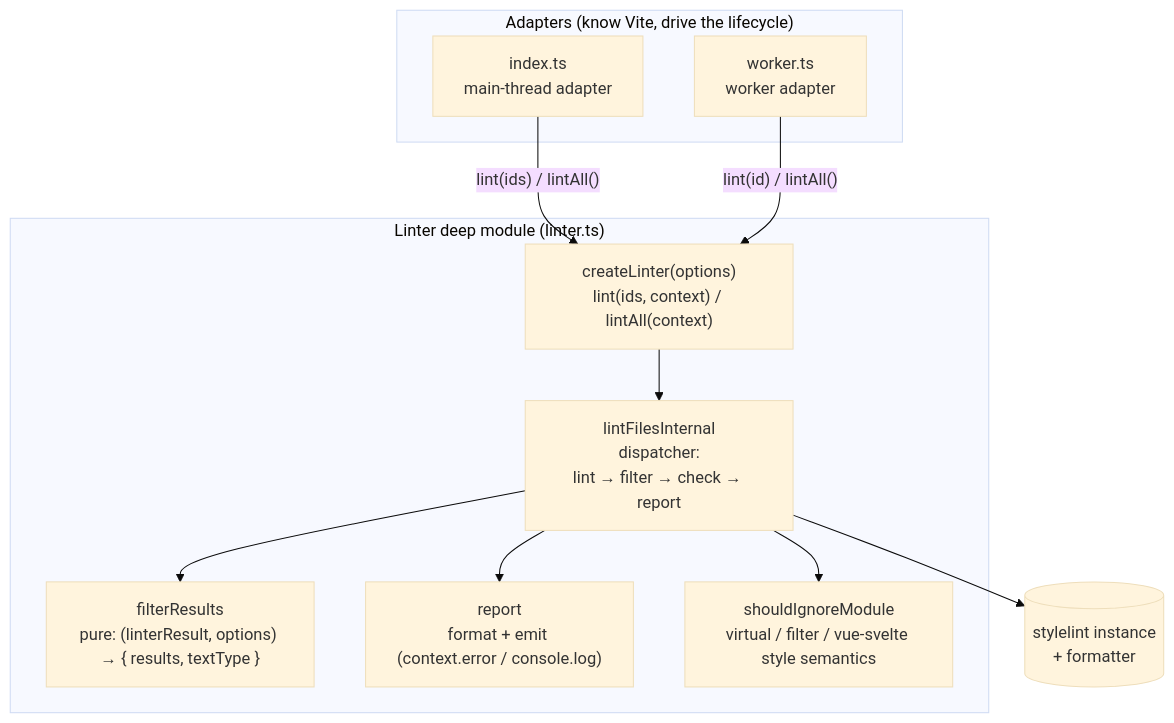
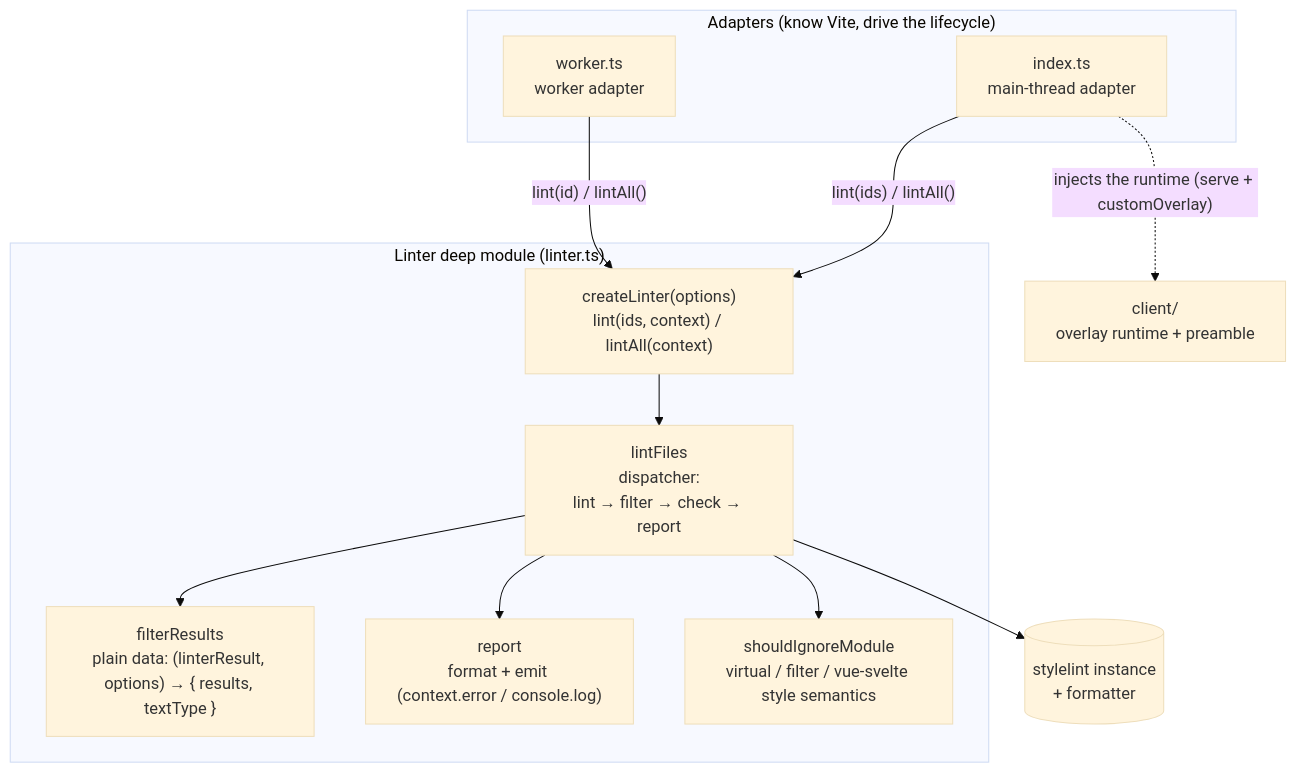
The diagram in CONTRIBUTING.md (ModyQyW/vite-plugin-stylelint), drawn with Mermaid (base theme) before and after one commit. The commit also changed other lines of this file and 6 other files, not shown here.

````diff
--- a/CONTRIBUTING.md
+++ b/CONTRIBUTING.md
@@ -59,25 +57,27 @@
 ```mermaid
 flowchart TD
   subgraph Adapters["Adapters (know Vite, drive the lifecycle)"]
     Index["index.ts<br/>main-thread adapter"]
     Worker["worker.ts<br/>worker adapter"]
   end
 
   subgraph Linter["Linter deep module (linter.ts)"]
     CreateLinter["createLinter(options)<br/>lint(ids, context) / lintAll(context)"]
-    LintFiles["lintFilesInternal<br/>dispatcher:<br/>lint → filter → check → report"]
-    FilterResults["filterResults<br/>pure: (linterResult, options) → { results, textType }"]
+    LintFiles["lintFiles<br/>dispatcher:<br/>lint → filter → check → report"]
+    FilterResults["filterResults<br/>plain data: (linterResult, options) → { results, textType }"]
     Report["report<br/>format + emit (context.error / console.log)"]
     ShouldIgnore["shouldIgnoreModule<br/>virtual / filter / vue-svelte style semantics"]
   end
 
   Stylelint[("stylelint instance<br/>+ formatter")]
+  Client["client/<br/>overlay runtime + preamble"]
 
   Index -- "lint(ids) / lintAll()" --> CreateLinter
   Worker -- "lint(id) / lintAll()" --> CreateLinter
+  Index -. "injects the runtime (serve + customOverlay)" .-> Client
   CreateLinter --> LintFiles
   LintFiles --> ShouldIgnore
   LintFiles --> FilterResults
   LintFiles --> Report
   LintFiles --> Stylelint
 ```
````
